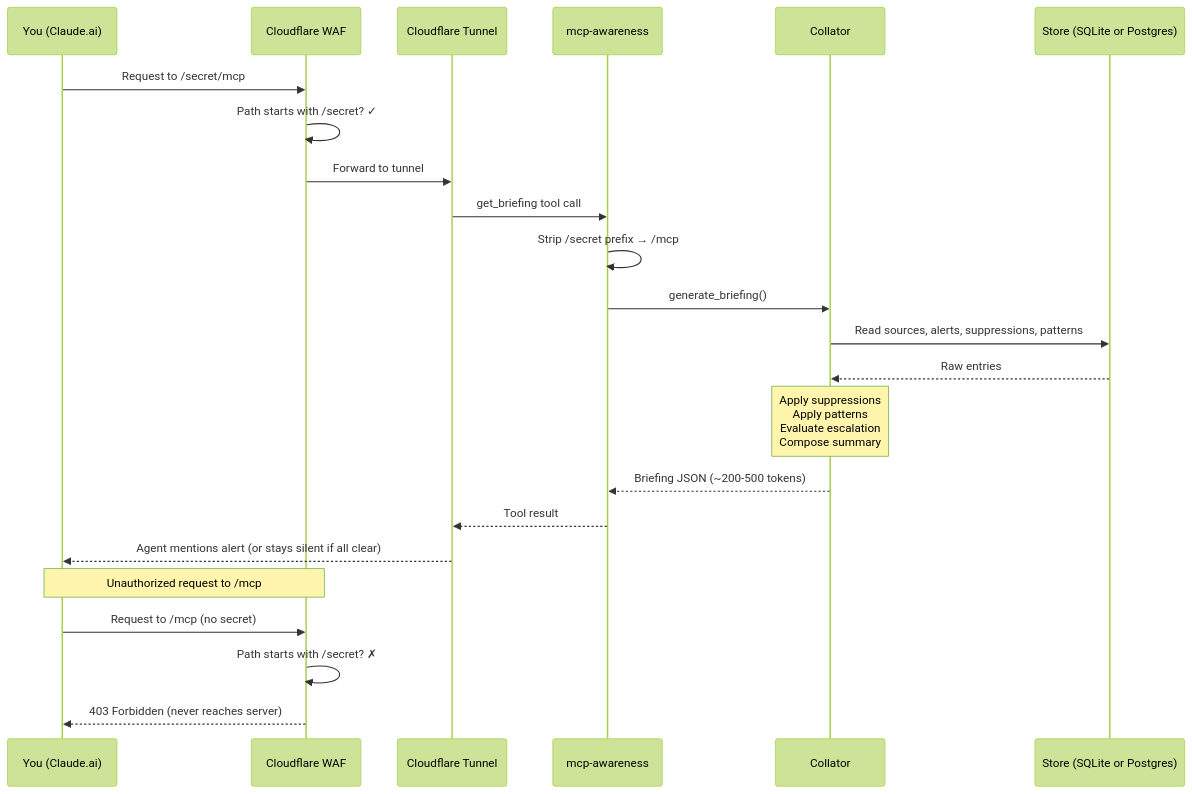
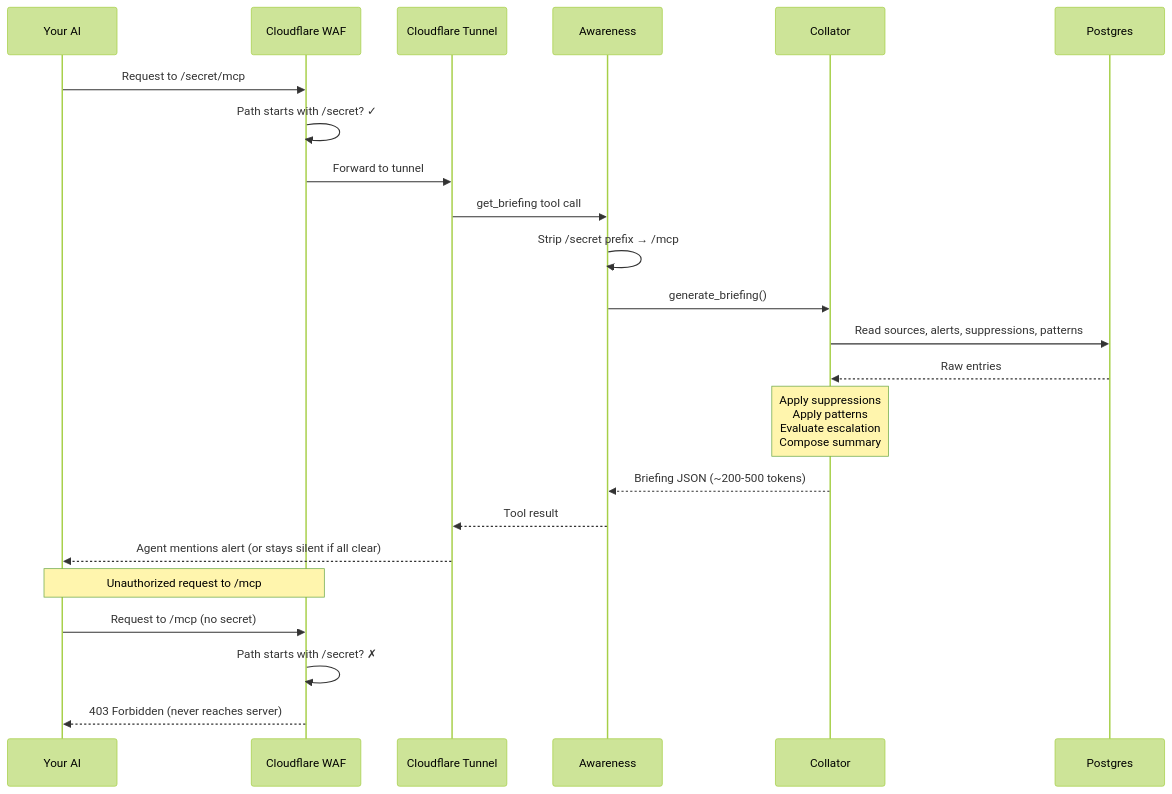
The diagram in docs/deployment-guide.md (cmeans/mcp-awareness), drawn with Mermaid (forest theme) before and after one commit. The commit also changed other lines of this file, not shown here.

Commit message:
Generalize deployment guide: remove Claude.ai-specific language throughout

````diff
--- a/docs/deployment-guide.md
+++ b/docs/deployment-guide.md
@@ -287,27 +287,27 @@
 ```mermaid
 sequenceDiagram
-    participant You as You (Claude.ai)
+    participant You as Your AI
     participant WAF as Cloudflare WAF
     participant CF as Cloudflare Tunnel
-    participant Server as mcp-awareness
+    participant Server as Awareness
     participant Collator as Collator
-    participant Store as Store (SQLite or Postgres)
+    participant Store as Postgres
 
     You->>WAF: Request to /secret/mcp
     WAF->>WAF: Path starts with /secret? ✓
     WAF->>CF: Forward to tunnel
     CF->>Server: get_briefing tool call
     Server->>Server: Strip /secret prefix → /mcp
     Server->>Collator: generate_briefing()
     Collator->>Store: Read sources, alerts, suppressions, patterns
     Store-->>Collator: Raw entries
     Note over Collator: Apply suppressions<br/>Apply patterns<br/>Evaluate escalation<br/>Compose summary
     Collator-->>Server: Briefing JSON (~200-500 tokens)
     Server-->>CF: Tool result
     CF-->>You: Agent mentions alert (or stays silent if all clear)
 
     Note over You,WAF: Unauthorized request to /mcp
     You->>WAF: Request to /mcp (no secret)
     WAF->>WAF: Path starts with /secret? ✗
     WAF-->>You: 403 Forbidden (never reaches server)
 ```
````
